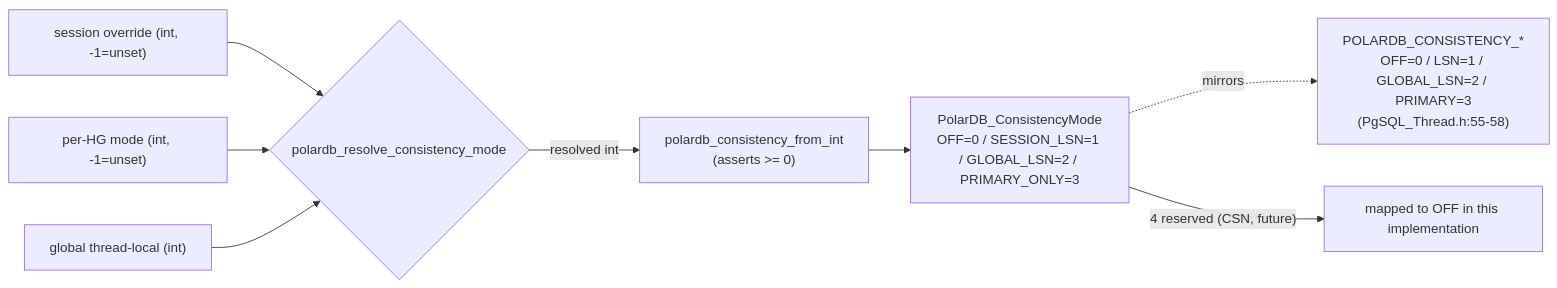
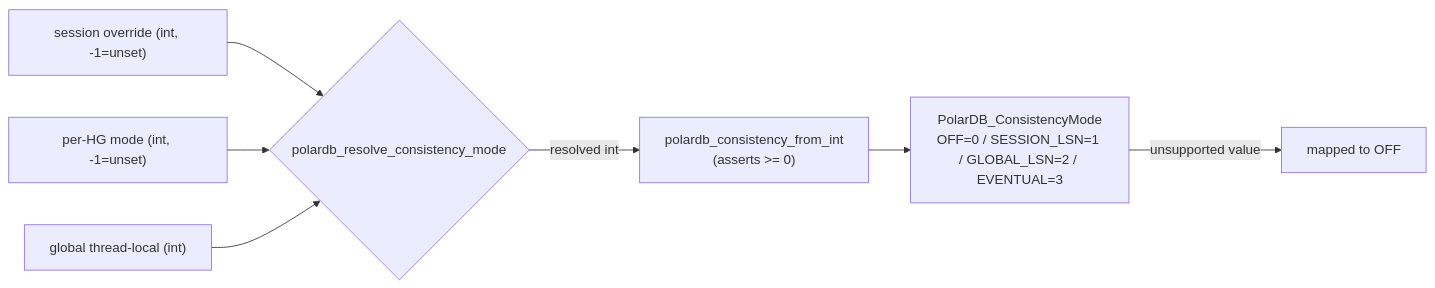
Before and after one commit to awide-labs/polar-proxy: the second of 3 diagrams in doc/polardb-arch/03-TYPES-AND-ENUMS.md, drawn with Mermaid. The commit also changed other lines of this file and 29 other files, not shown here.

First line of the commit message:
docs(polardb): document v15_wait extended query flow

````diff
--- a/doc/polardb-arch/03-TYPES-AND-ENUMS.md
+++ b/doc/polardb-arch/03-TYPES-AND-ENUMS.md
@@ -516,10 +527,9 @@
 ```mermaid
 flowchart LR
     SO["session override (int, -1=unset)"] --> R{polardb_resolve_consistency_mode}
     HG["per-HG mode (int, -1=unset)"] --> R
     GL["global thread-local (int)"] --> R
     R -->|resolved int| CFI["polardb_consistency_from_int<br/>(asserts >= 0)"]
-    CFI --> M["PolarDB_ConsistencyMode<br/>OFF=0 / SESSION_LSN=1 / GLOBAL_LSN=2 / PRIMARY_ONLY=3"]
-    M -.mirrors.-> C["POLARDB_CONSISTENCY_*<br/>OFF=0 / LSN=1 / GLOBAL_LSN=2 / PRIMARY=3<br/>(PgSQL_Thread.h:55-58)"]
-    M -->|"4 reserved (CSN, future)"| OFFnode["mapped to OFF in this implementation"]
+    CFI --> M["PolarDB_ConsistencyMode<br/>OFF=0 / SESSION_LSN=1 / GLOBAL_LSN=2 / EVENTUAL=3"]
+    M -->|"unsupported value"| OFFnode["mapped to OFF"]
 ```
````
